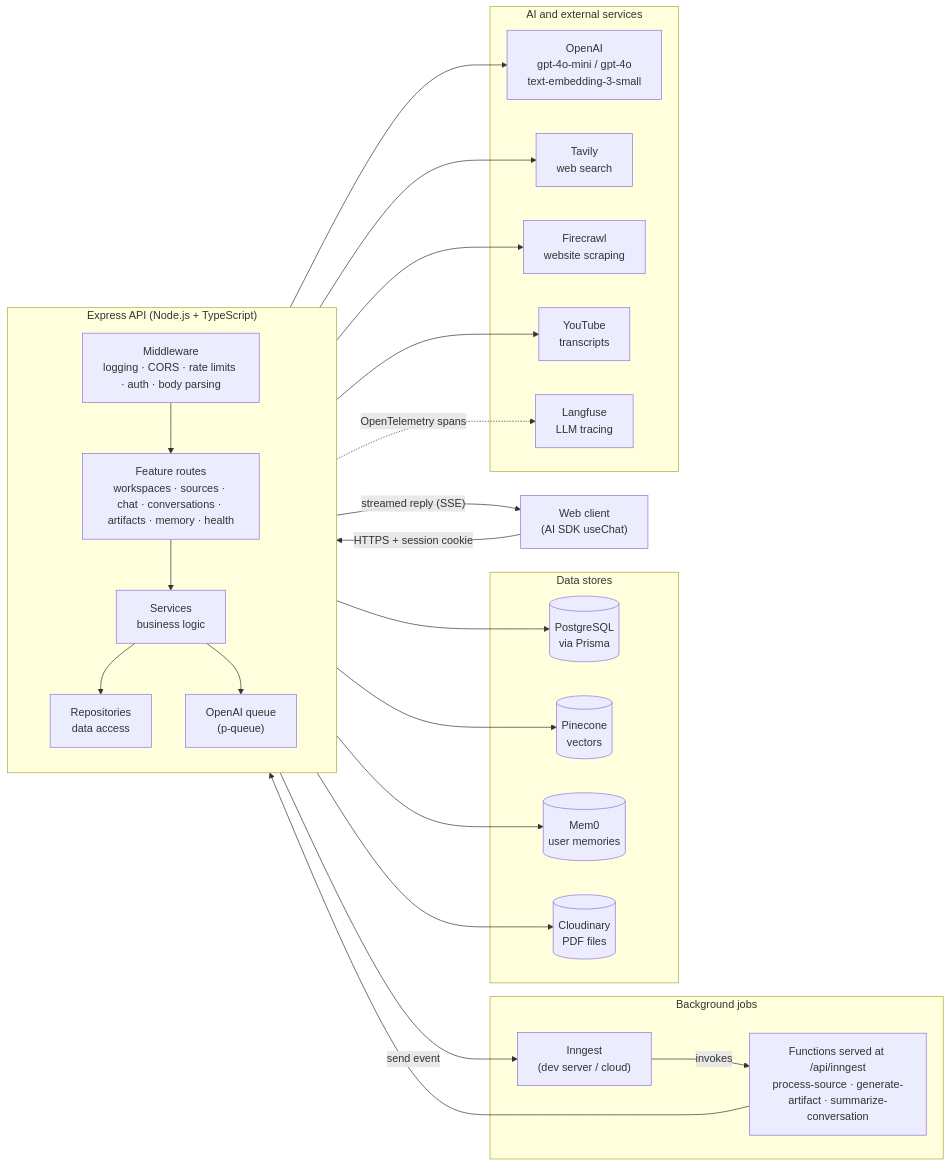
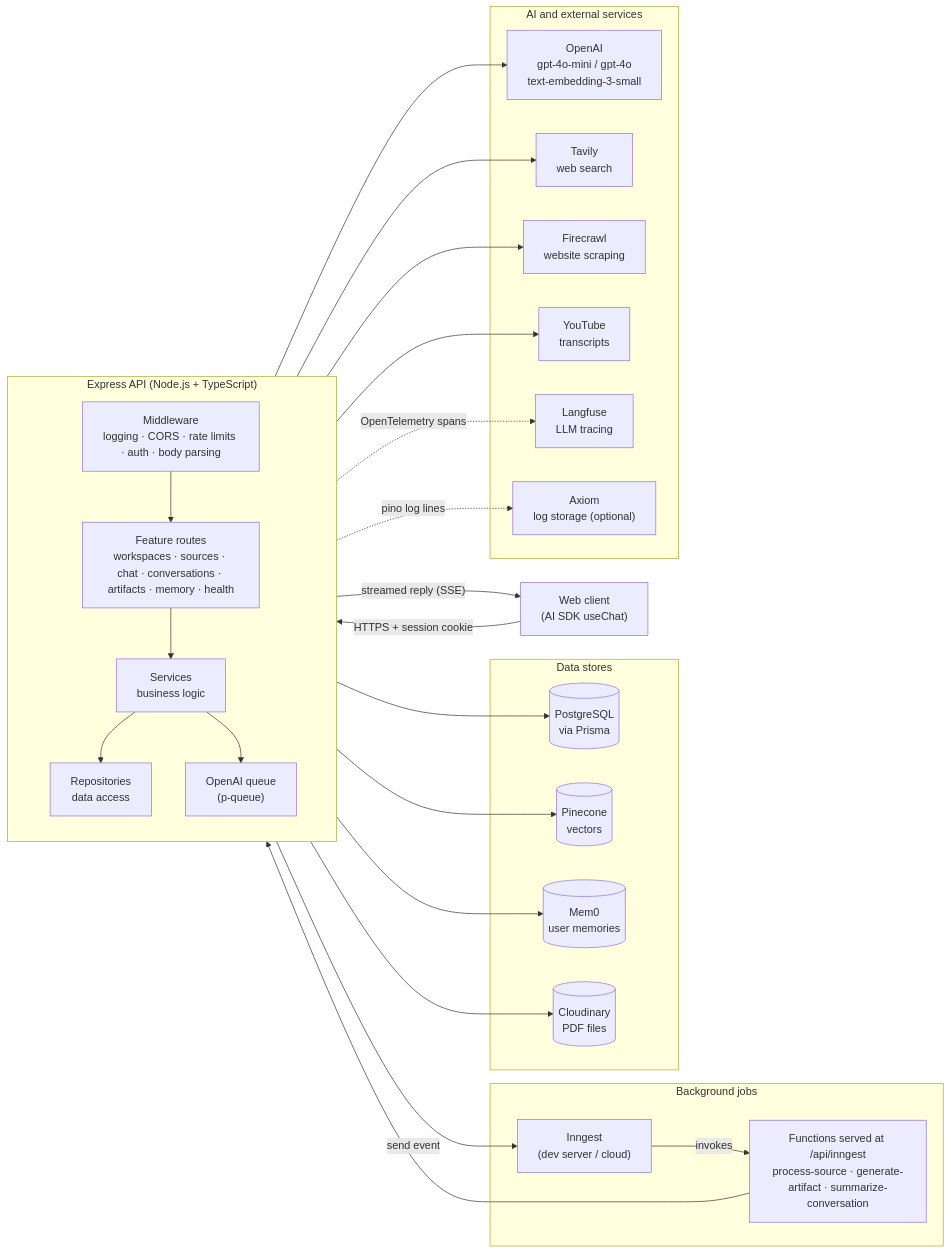
The first of 10 diagrams in docs/ARCHITECTURE.md (mohammedsaif001/grounded-brain-notebook-llm), drawn with Mermaid before and after one commit. The commit also changed other lines of this file and 8 other files, not shown here.

````diff
--- a/docs/ARCHITECTURE.md
+++ b/docs/ARCHITECTURE.md
@@ -67,50 +67,52 @@
 ```mermaid
 flowchart LR
     Client["Web client<br/>(AI SDK useChat)"]
 
     subgraph API["Express API (Node.js + TypeScript)"]
         direction TB
         MW["Middleware<br/>logging · CORS · rate limits · auth · body parsing"]
         Routes["Feature routes<br/>workspaces · sources · chat · conversations · artifacts · memory · health"]
         Svc["Services<br/>business logic"]
         Repo["Repositories<br/>data access"]
         Q["OpenAI queue<br/>(p-queue)"]
         MW --> Routes --> Svc --> Repo
         Svc --> Q
     end
 
     subgraph Jobs["Background jobs"]
         Inngest["Inngest<br/>(dev server / cloud)"]
         Fn["Functions served at /api/inngest<br/>process-source · generate-artifact · summarize-conversation"]
         Inngest -- "invokes" --> Fn
     end
 
     subgraph Data["Data stores"]
         PG[("PostgreSQL<br/>via Prisma")]
         PC[("Pinecone<br/>vectors")]
         M0[("Mem0<br/>user memories")]
         CL[("Cloudinary<br/>PDF files")]
     end
 
     subgraph AI["AI and external services"]
         OAI["OpenAI<br/>gpt-4o-mini / gpt-4o<br/>text-embedding-3-small"]
         TV["Tavily<br/>web search"]
         FC["Firecrawl<br/>website scraping"]
         YT["YouTube<br/>transcripts"]
         LF["Langfuse<br/>LLM tracing"]
+        AX["Axiom<br/>log storage (optional)"]
     end
 
     Client -- "HTTPS + session cookie" --> MW
     Routes -- "streamed reply (SSE)" --> Client
     Svc -- "send event" --> Inngest
     Fn --> Svc
     Repo --> PG
     Repo --> PC
     Repo --> M0
     Svc --> CL
     Q --> OAI
     Svc --> TV
     Svc --> FC
     Svc --> YT
     Svc -. OpenTelemetry spans .-> LF
+    MW -. pino log lines .-> AX
 ```
````
